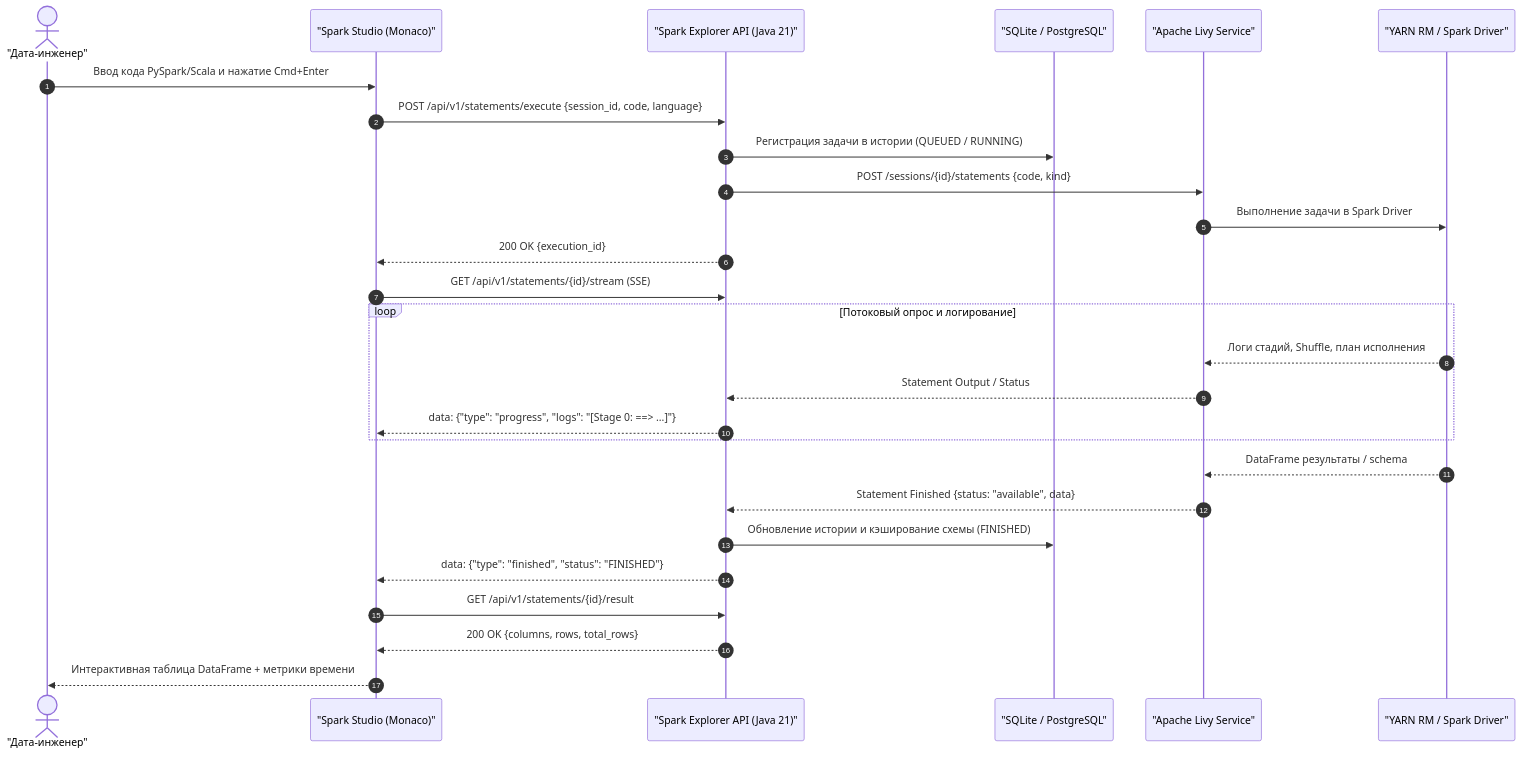
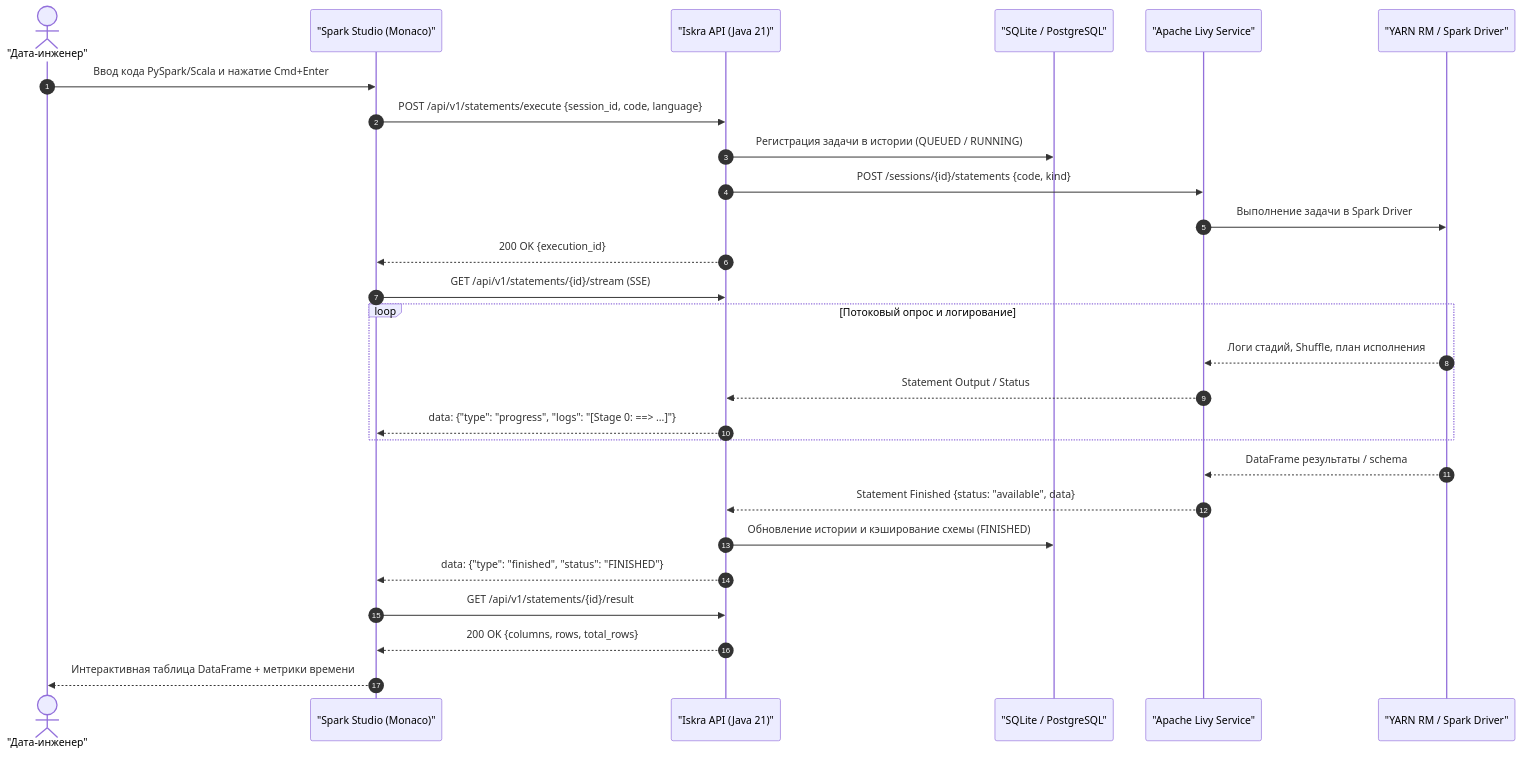
One commit to balookrd/hadoop-explorer changed the second of 2 diagrams in docs/spark-user-guide.md. Above: the diagram before and after it, drawn with Mermaid. The commit also changed other lines of this file and 264 other files, not shown here.

Commit message:
refactor!: rename Spark Explorer service to Iskra

````diff
--- a/docs/spark-user-guide.md
+++ b/docs/spark-user-guide.md
@@ -72,32 +72,32 @@
 ```mermaid
 sequenceDiagram
     autonumber
     actor Dev as "Дата-инженер"
     participant UI as "Spark Studio (Monaco)"
-    participant GW as "Spark Explorer API (Java 21)"
+    participant GW as "Iskra API (Java 21)"
     participant DB as "SQLite / PostgreSQL"
     participant Livy as "Apache Livy Service"
     participant YARN as "YARN RM / Spark Driver"
 
     Dev->>UI: Ввод кода PySpark/Scala и нажатие Cmd+Enter
     UI->>GW: POST /api/v1/statements/execute {session_id, code, language}
     GW->>DB: Регистрация задачи в истории (QUEUED / RUNNING)
     GW->>Livy: POST /sessions/{id}/statements {code, kind}
     Livy->>YARN: Выполнение задачи в Spark Driver
     GW-->>UI: 200 OK {execution_id}
     
     UI->>GW: GET /api/v1/statements/{id}/stream (SSE)
     loop Потоковый опрос и логирование
         YARN-->>Livy: Логи стадий, Shuffle, план исполнения
         Livy-->>GW: Statement Output / Status
         GW-->>UI: data: {"type": "progress", "logs": "[Stage 0: ==> ...]"}
     end
     
     YARN-->>Livy: DataFrame результаты / schema
     Livy-->>GW: Statement Finished {status: "available", data}
     GW->>DB: Обновление истории и кэширование схемы (FINISHED)
     GW-->>UI: data: {"type": "finished", "status": "FINISHED"}
     UI->>GW: GET /api/v1/statements/{id}/result
     GW-->>UI: 200 OK {columns, rows, total_rows}
     UI-->>Dev: Интерактивная таблица DataFrame + метрики времени
 ```
````
